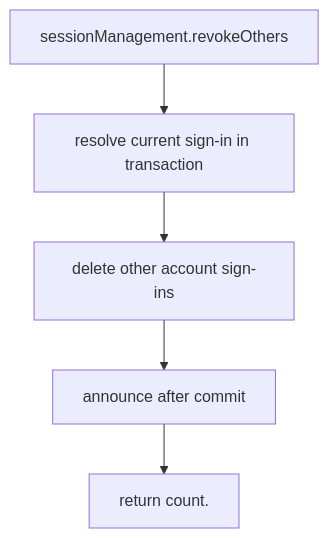
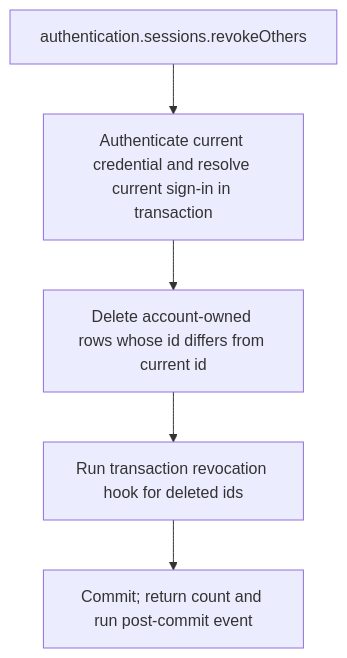
Before and after one commit to Kevinjohn/oss-adonisjs-account-kit: the second of 2 diagrams in user-stories/US-ACCOUNT-16-revoke-other-devices.md, drawn with Mermaid. The commit also changed other lines of this file and 9 other files, not shown here.

Commit message:
docs: clarify session and social account journeys

````diff
--- a/user-stories/US-ACCOUNT-16-revoke-other-devices.md
+++ b/user-stories/US-ACCOUNT-16-revoke-other-devices.md
@@ -35,12 +30,7 @@
 ```mermaid
 flowchart TD
-    C0["sessionManagement.revokeOthers"]
-    C1["resolve current sign-in in transaction"]
-    C0 --> C1
-    C2["delete other account sign-ins"]
-    C1 --> C2
-    C3["announce after commit"]
-    C2 --> C3
-    C4["return count."]
-    C3 --> C4
+ A["authentication.sessions.revokeOthers"] --> B["Authenticate current credential and resolve current sign-in in transaction"]
+ B --> C["Delete account-owned rows whose id differs from current id"]
+ C --> D["Run transaction revocation hook for deleted ids"]
+ D --> E["Commit; return count and run post-commit event"]
 ```
````
